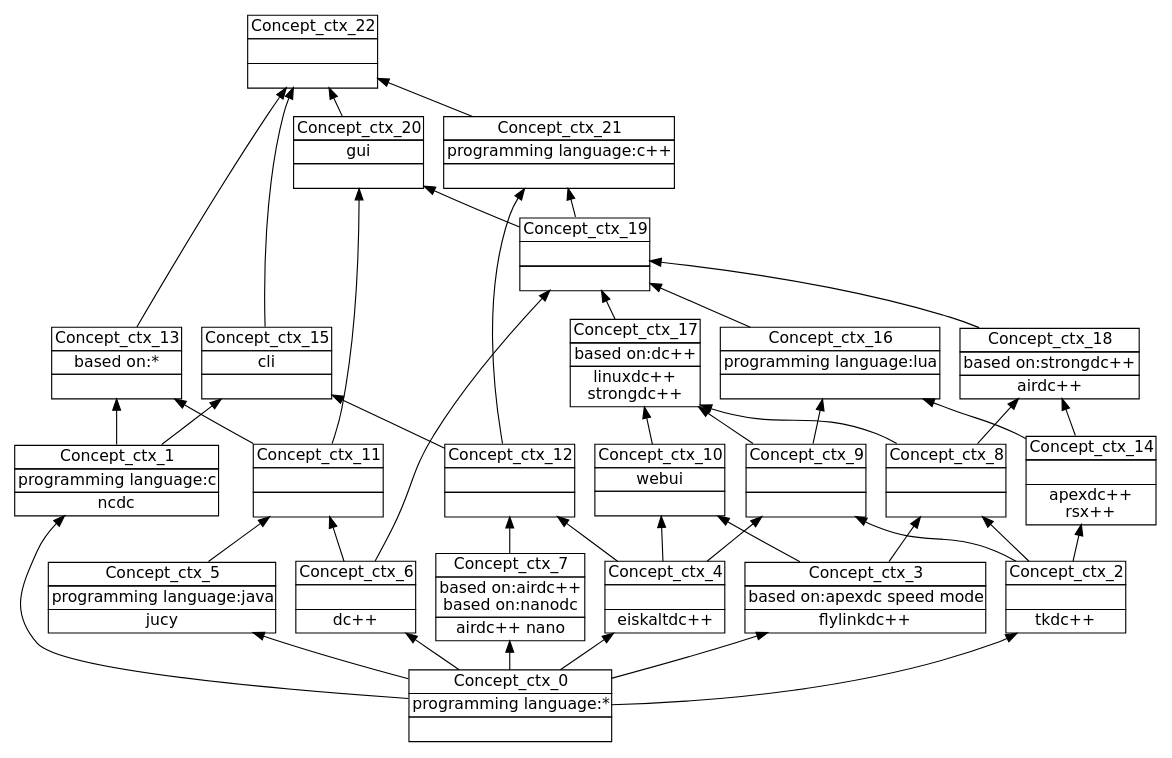
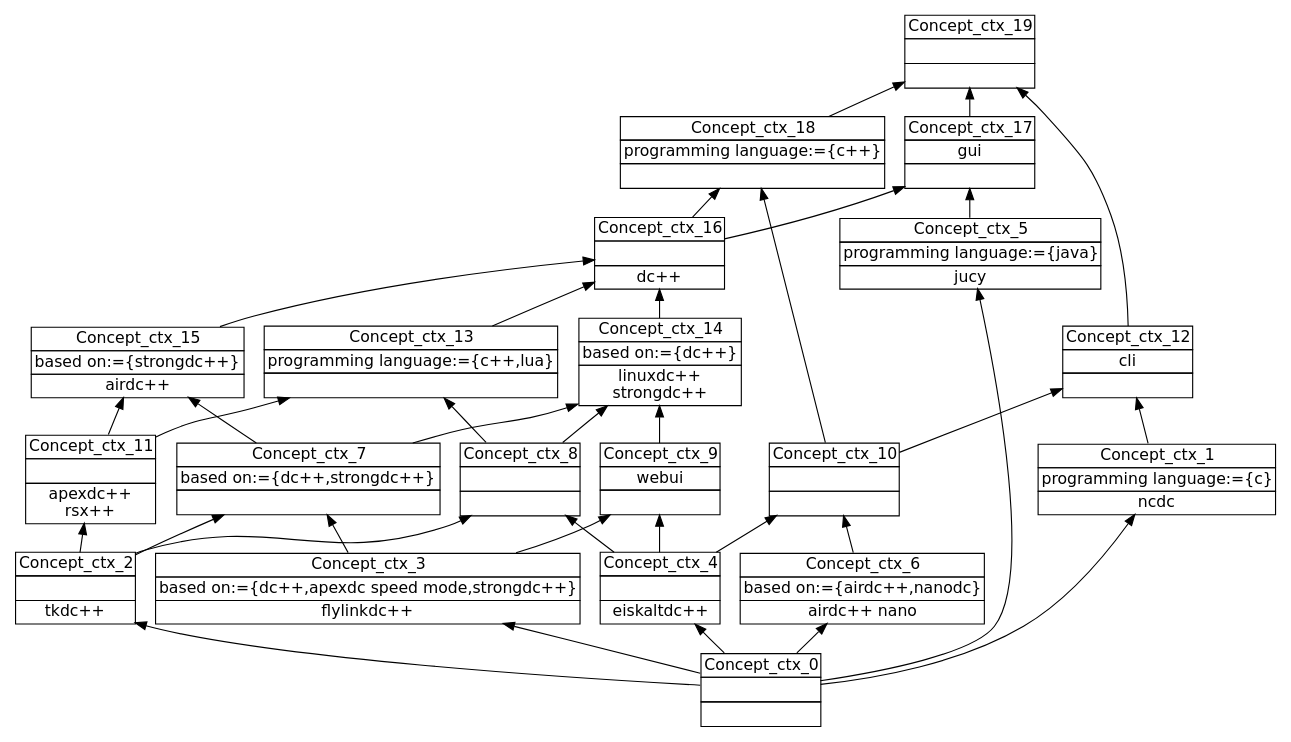
The diagram in CLEF/data/Comparison_of_ADC_software_6/FCA/step0-0.dot (jcarbonnel/CLEF), drawn with Graphviz before and after one commit. The commit also changed 803 other files, not shown here.

```diff
--- a/CLEF/data/Comparison_of_ADC_software_6/FCA/step0-0.dot
+++ b/CLEF/data/Comparison_of_ADC_software_6/FCA/step0-0.dot
@@ -1,72 +1,62 @@
 digraph G { 
 	rankdir=BT;
 	margin=0;
 	node [margin="0.03,0.03",fontname="DejaVu Sans"];
 	ranksep=0.3;
 	nodesep=0.2;
-//graph[label="name:ctx,concept number:23,object number:12,attribute number:14"
-0 [shape=none,label=<<table border="0" cellborder="1" cellspacing="0" port="p"><tr><td>Concept_ctx_22</td></tr><tr><td><br/></td></tr><tr><td><br/></td></tr></table>>];
-1 [shape=none,label=<<table border="0" cellborder="1" cellspacing="0" port="p"><tr><td>Concept_ctx_20</td></tr><tr><td>gui<br/></td></tr><tr><td><br/></td></tr></table>>];
+//graph[label="name:ctx,concept number:20,object number:12,attribute number:12"
+0 [shape=none,label=<<table border="0" cellborder="1" cellspacing="0" port="p"><tr><td>Concept_ctx_19</td></tr><tr><td><br/></td></tr><tr><td><br/></td></tr></table>>];
+1 [shape=none,label=<<table border="0" cellborder="1" cellspacing="0" port="p"><tr><td>Concept_ctx_17</td></tr><tr><td>gui<br/></td></tr><tr><td><br/></td></tr></table>>];
 2 [shape=none,label=<<table border="0" cellborder="1" cellspacing="0" port="p"><tr><td>Concept_ctx_4</td></tr><tr><td><br/></td></tr><tr><td>eiskaltdc++<br/></td></tr></table>>];
-3 [shape=none,label=<<table border="0" cellborder="1" cellspacing="0" port="p"><tr><td>Concept_ctx_15</td></tr><tr><td>cli<br/></td></tr><tr><td><br/></td></tr></table>>];
-4 [shape=none,label=<<table border="0" cellborder="1" cellspacing="0" port="p"><tr><td>Concept_ctx_10</td></tr><tr><td>webui<br/></td></tr><tr><td><br/></td></tr></table>>];
-5 [shape=none,label=<<table border="0" cellborder="1" cellspacing="0" port="p"><tr><td>Concept_ctx_19</td></tr><tr><td><br/></td></tr><tr><td><br/></td></tr></table>>];
-6 [shape=none,label=<<table border="0" cellborder="1" cellspacing="0" port="p"><tr><td>Concept_ctx_12</td></tr><tr><td><br/></td></tr><tr><td><br/></td></tr></table>>];
-7 [shape=none,label=<<table border="0" cellborder="1" cellspacing="0" port="p"><tr><td>Concept_ctx_21</td></tr><tr><td>programming language:c++<br/></td></tr><tr><td><br/></td></tr></table>>];
-8 [shape=none,label=<<table border="0" cellborder="1" cellspacing="0" port="p"><tr><td>Concept_ctx_16</td></tr><tr><td>programming language:lua<br/></td></tr><tr><td><br/></td></tr></table>>];
-9 [shape=none,label=<<table border="0" cellborder="1" cellspacing="0" port="p"><tr><td>Concept_ctx_0</td></tr><tr><td>programming language:*<br/></td></tr><tr><td><br/></td></tr></table>>];
-10 [shape=none,label=<<table border="0" cellborder="1" cellspacing="0" port="p"><tr><td>Concept_ctx_5</td></tr><tr><td>programming language:java<br/></td></tr><tr><td>jucy<br/></td></tr></table>>];
-11 [shape=none,label=<<table border="0" cellborder="1" cellspacing="0" port="p"><tr><td>Concept_ctx_1</td></tr><tr><td>programming language:c<br/></td></tr><tr><td>ncdc<br/></td></tr></table>>];
-12 [shape=none,label=<<table border="0" cellborder="1" cellspacing="0" port="p"><tr><td>Concept_ctx_3</td></tr><tr><td>based on:apexdc speed mode<br/></td></tr><tr><td>flylinkdc++<br/></td></tr></table>>];
-13 [shape=none,label=<<table border="0" cellborder="1" cellspacing="0" port="p"><tr><td>Concept_ctx_14</td></tr><tr><td><br/></td></tr><tr><td>apexdc++<br/>rsx++<br/></td></tr></table>>];
-14 [shape=none,label=<<table border="0" cellborder="1" cellspacing="0" port="p"><tr><td>Concept_ctx_18</td></tr><tr><td>based on:strongdc++<br/></td></tr><tr><td>airdc++<br/></td></tr></table>>];
-15 [shape=none,label=<<table border="0" cellborder="1" cellspacing="0" port="p"><tr><td>Concept_ctx_7</td></tr><tr><td>based on:airdc++<br/>based on:nanodc<br/></td></tr><tr><td>airdc++ nano<br/></td></tr></table>>];
-16 [shape=none,label=<<table border="0" cellborder="1" cellspacing="0" port="p"><tr><td>Concept_ctx_6</td></tr><tr><td><br/></td></tr><tr><td>dc++<br/></td></tr></table>>];
-17 [shape=none,label=<<table border="0" cellborder="1" cellspacing="0" port="p"><tr><td>Concept_ctx_11</td></tr><tr><td><br/></td></tr><tr><td><br/></td></tr></table>>];
-18 [shape=none,label=<<table border="0" cellborder="1" cellspacing="0" port="p"><tr><td>Concept_ctx_13</td></tr><tr><td>based on:*<br/></td></tr><tr><td><br/></td></tr></table>>];
-19 [shape=none,label=<<table border="0" cellborder="1" cellspacing="0" port="p"><tr><td>Concept_ctx_2</td></tr><tr><td><br/></td></tr><tr><td>tkdc++<br/></td></tr></table>>];
-20 [shape=none,label=<<table border="0" cellborder="1" cellspacing="0" port="p"><tr><td>Concept_ctx_8</td></tr><tr><td><br/></td></tr><tr><td><br/></td></tr></table>>];
-21 [shape=none,label=<<table border="0" cellborder="1" cellspacing="0" port="p"><tr><td>Concept_ctx_9</td></tr><tr><td><br/></td></tr><tr><td><br/></td></tr></table>>];
-22 [shape=none,label=<<table border="0" cellborder="1" cellspacing="0" port="p"><tr><td>Concept_ctx_17</td></tr><tr><td>based on:dc++<br/></td></tr><tr><td>linuxdc++<br/>strongdc++<br/></td></tr></table>>];
+3 [shape=none,label=<<table border="0" cellborder="1" cellspacing="0" port="p"><tr><td>Concept_ctx_12</td></tr><tr><td>cli<br/></td></tr><tr><td><br/></td></tr></table>>];
+4 [shape=none,label=<<table border="0" cellborder="1" cellspacing="0" port="p"><tr><td>Concept_ctx_9</td></tr><tr><td>webui<br/></td></tr><tr><td><br/></td></tr></table>>];
+5 [shape=none,label=<<table border="0" cellborder="1" cellspacing="0" port="p"><tr><td>Concept_ctx_16</td></tr><tr><td><br/></td></tr><tr><td>dc++<br/></td></tr></table>>];
+6 [shape=none,label=<<table border="0" cellborder="1" cellspacing="0" port="p"><tr><td>Concept_ctx_10</td></tr><tr><td><br/></td></tr><tr><td><br/></td></tr></table>>];
+7 [shape=none,label=<<table border="0" cellborder="1" cellspacing="0" port="p"><tr><td>Concept_ctx_18</td></tr><tr><td>programming language:={c++}<br/></td></tr><tr><td><br/></td></tr></table>>];
+8 [shape=none,label=<<table border="0" cellborder="1" cellspacing="0" port="p"><tr><td>Concept_ctx_0</td></tr><tr><td><br/></td></tr><tr><td><br/></td></tr></table>>];
+9 [shape=none,label=<<table border="0" cellborder="1" cellspacing="0" port="p"><tr><td>Concept_ctx_5</td></tr><tr><td>programming language:={java}<br/></td></tr><tr><td>jucy<br/></td></tr></table>>];
+10 [shape=none,label=<<table border="0" cellborder="1" cellspacing="0" port="p"><tr><td>Concept_ctx_1</td></tr><tr><td>programming language:={c}<br/></td></tr><tr><td>ncdc<br/></td></tr></table>>];
+11 [shape=none,label=<<table border="0" cellborder="1" cellspacing="0" port="p"><tr><td>Concept_ctx_13</td></tr><tr><td>programming language:={c++,lua}<br/></td></tr><tr><td><br/></td></tr></table>>];
+12 [shape=none,label=<<table border="0" cellborder="1" cellspacing="0" port="p"><tr><td>Concept_ctx_8</td></tr><tr><td><br/></td></tr><tr><td><br/></td></tr></table>>];
+13 [shape=none,label=<<table border="0" cellborder="1" cellspacing="0" port="p"><tr><td>Concept_ctx_14</td></tr><tr><td>based on:={dc++}<br/></td></tr><tr><td>linuxdc++<br/>strongdc++<br/></td></tr></table>>];
+14 [shape=none,label=<<table border="0" cellborder="1" cellspacing="0" port="p"><tr><td>Concept_ctx_2</td></tr><tr><td><br/></td></tr><tr><td>tkdc++<br/></td></tr></table>>];
+15 [shape=none,label=<<table border="0" cellborder="1" cellspacing="0" port="p"><tr><td>Concept_ctx_11</td></tr><tr><td><br/></td></tr><tr><td>apexdc++<br/>rsx++<br/></td></tr></table>>];
+16 [shape=none,label=<<table border="0" cellborder="1" cellspacing="0" port="p"><tr><td>Concept_ctx_3</td></tr><tr><td>based on:={dc++,apexdc speed mode,strongdc++}<br/></td></tr><tr><td>flylinkdc++<br/></td></tr></table>>];
+17 [shape=none,label=<<table border="0" cellborder="1" cellspacing="0" port="p"><tr><td>Concept_ctx_7</td></tr><tr><td>based on:={dc++,strongdc++}<br/></td></tr><tr><td><br/></td></tr></table>>];
+18 [shape=none,label=<<table border="0" cellborder="1" cellspacing="0" port="p"><tr><td>Concept_ctx_15</td></tr><tr><td>based on:={strongdc++}<br/></td></tr><tr><td>airdc++<br/></td></tr></table>>];
+19 [shape=none,label=<<table border="0" cellborder="1" cellspacing="0" port="p"><tr><td>Concept_ctx_6</td></tr><tr><td>based on:={airdc++,nanodc}<br/></td></tr><tr><td>airdc++ nano<br/></td></tr></table>>];
 	1:p -> 0:p
 	3:p -> 0:p
-	18:p -> 0:p
 	7:p -> 0:p
 	5:p -> 1:p
-	17:p -> 1:p
-	9:p -> 2:p
+	9:p -> 1:p
+	8:p -> 2:p
 	6:p -> 3:p
-	11:p -> 3:p
+	10:p -> 3:p
 	2:p -> 4:p
-	12:p -> 4:p
-	14:p -> 5:p
-	16:p -> 5:p
-	22:p -> 5:p
-	8:p -> 5:p
-	15:p -> 6:p
+	16:p -> 4:p
+	18:p -> 5:p
+	11:p -> 5:p
+	13:p -> 5:p
+	19:p -> 6:p
 	2:p -> 6:p
 	5:p -> 7:p
 	6:p -> 7:p
-	13:p -> 8:p
-	21:p -> 8:p
-	9:p -> 10:p
-	9:p -> 11:p
-	9:p -> 12:p
-	19:p -> 13:p
-	13:p -> 14:p
-	20:p -> 14:p
-	9:p -> 15:p
-	9:p -> 16:p
+	8:p -> 9:p
+	8:p -> 10:p
+	12:p -> 11:p
+	15:p -> 11:p
+	2:p -> 12:p
+	14:p -> 12:p
+	4:p -> 13:p
+	12:p -> 13:p
+	17:p -> 13:p
+	8:p -> 14:p
+	14:p -> 15:p
+	8:p -> 16:p
 	16:p -> 17:p
-	10:p -> 17:p
+	14:p -> 17:p
+	15:p -> 18:p
 	17:p -> 18:p
-	11:p -> 18:p
-	9:p -> 19:p
-	12:p -> 20:p
-	19:p -> 20:p
-	2:p -> 21:p
-	19:p -> 21:p
-	20:p -> 22:p
-	4:p -> 22:p
-	21:p -> 22:p
+	8:p -> 19:p
 }
```
